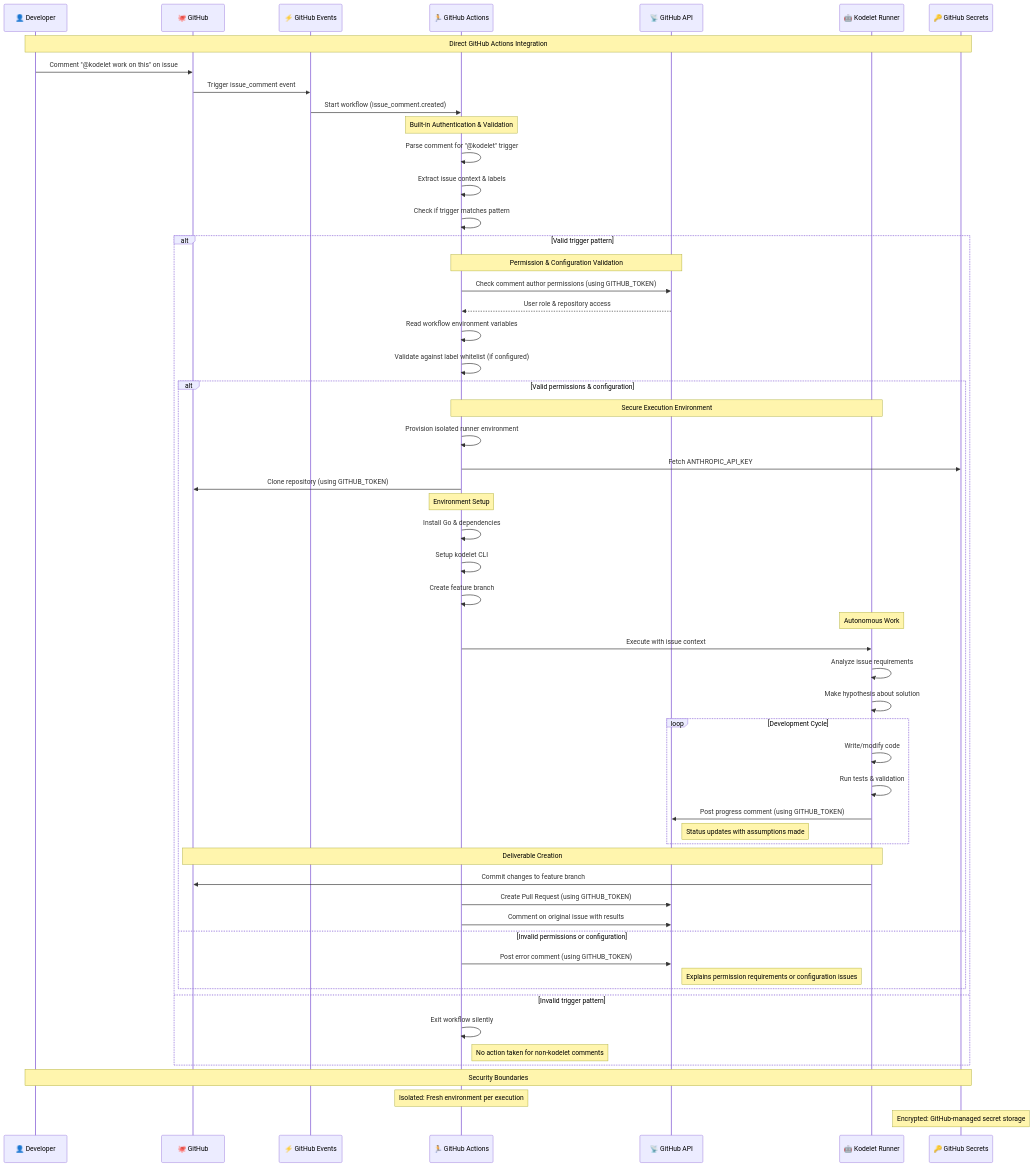
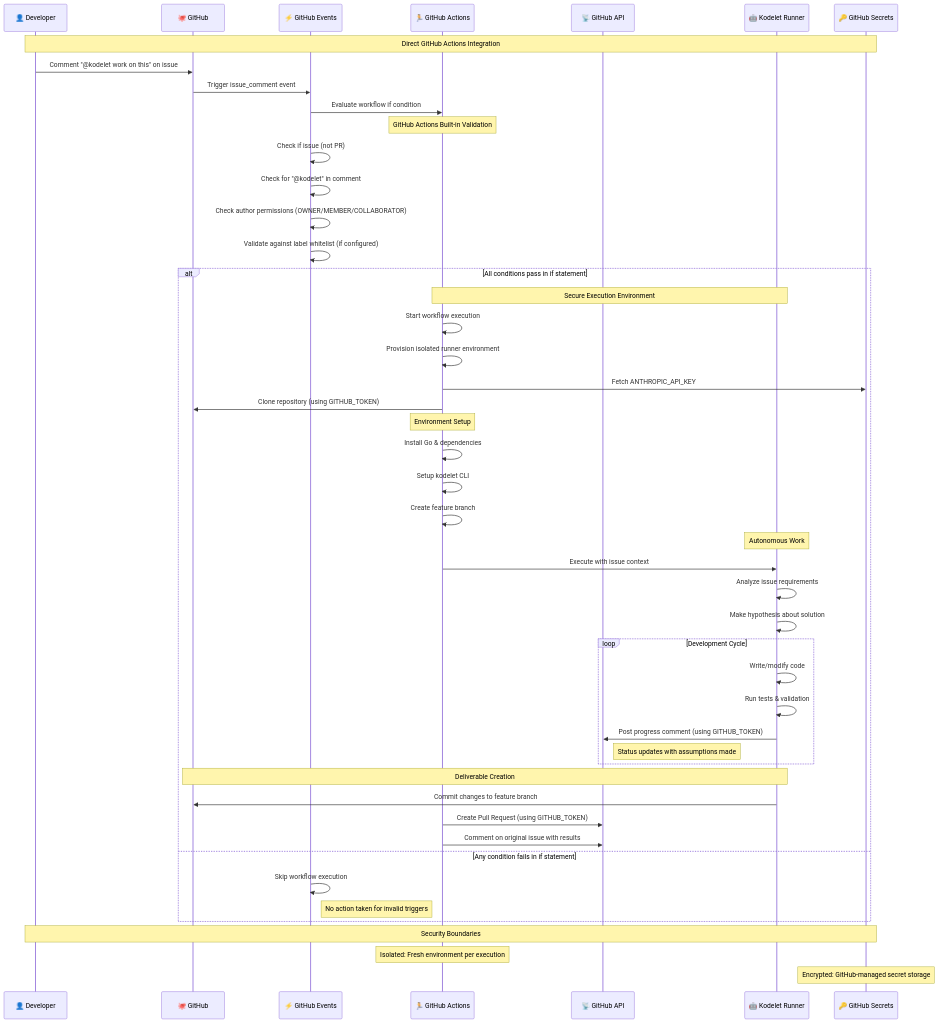
Before and after one commit to jingkaihe/kodelet: the second of 3 diagrams in adrs/012-background-kodelet.md, drawn with Mermaid. The commit also changed other lines of this file, not shown here.

Commit message:
docs(adr): update workflow architecture diagrams with simplified validation logic

````diff
--- a/adrs/012-background-kodelet.md
+++ b/adrs/012-background-kodelet.md
@@ -167,70 +159,60 @@
 ```mermaid
 sequenceDiagram
     participant Dev as 👤 Developer
     participant GH as 🐙 GitHub
     participant Events as ⚡ GitHub Events
     participant Actions as 🏃 GitHub Actions
     participant API as 📡 GitHub API
     participant Kodelet as 🤖 Kodelet Runner
     participant Secrets as 🔑 GitHub Secrets
 
     Note over Dev,Secrets: Direct GitHub Actions Integration
 
     Dev->>GH: Comment "@kodelet work on this" on issue
     GH->>Events: Trigger issue_comment event
-    Events->>Actions: Start workflow (issue_comment.created)
+    Events->>Actions: Evaluate workflow if condition
 
-    Note over Actions: Built-in Authentication & Validation
-    Actions->>Actions: Parse comment for "@kodelet" trigger
-    Actions->>Actions: Extract issue context & labels
-    Actions->>Actions: Check if trigger matches pattern
+    Note over Actions: GitHub Actions Built-in Validation
+    Events->>Events: Check if issue (not PR)
+    Events->>Events: Check for "@kodelet" in comment
+    Events->>Events: Check author permissions (OWNER/MEMBER/COLLABORATOR)
+    Events->>Events: Validate against label whitelist (if configured)
 
-    alt Valid trigger pattern
-        Note over Actions,API: Permission & Configuration Validation
-        Actions->>API: Check comment author permissions (using GITHUB_TOKEN)
-        API-->>Actions: User role & repository access
-        Actions->>Actions: Read workflow environment variables
-        Actions->>Actions: Validate against label whitelist (if configured)
+    alt All conditions pass in if statement
+        Note over Actions,Kodelet: Secure Execution Environment
+        Actions->>Actions: Start workflow execution
+        Actions->>Actions: Provision isolated runner environment
+        Actions->>Secrets: Fetch ANTHROPIC_API_KEY
+        Actions->>GH: Clone repository (using GITHUB_TOKEN)
 
-        alt Valid permissions & configuration
-            Note over Actions,Kodelet: Secure Execution Environment
-            Actions->>Actions: Provision isolated runner environment
-            Actions->>Secrets: Fetch ANTHROPIC_API_KEY
-            Actions->>GH: Clone repository (using GITHUB_TOKEN)
+        Note over Actions: Environment Setup
+        Actions->>Actions: Install Go & dependencies
+        Actions->>Actions: Setup kodelet CLI
+        Actions->>Actions: Create feature branch
 
-            Note over Actions: Environment Setup
-            Actions->>Actions: Install Go & dependencies
-            Actions->>Actions: Setup kodelet CLI
-            Actions->>Actions: Create feature branch
+        Note over Kodelet: Autonomous Work
+        Actions->>Kodelet: Execute with issue context
+        Kodelet->>Kodelet: Analyze issue requirements
+        Kodelet->>Kodelet: Make hypothesis about solution
 
-            Note over Kodelet: Autonomous Work
-            Actions->>Kodelet: Execute with issue context
-            Kodelet->>Kodelet: Analyze issue requirements
-            Kodelet->>Kodelet: Make hypothesis about solution
-
-            loop Development Cycle
-                Kodelet->>Kodelet: Write/modify code
-                Kodelet->>Kodelet: Run tests & validation
-                Kodelet->>API: Post progress comment (using GITHUB_TOKEN)
-                Note right of API: Status updates with assumptions made
-            end
-
-            Note over Kodelet,GH: Deliverable Creation
-            Kodelet->>GH: Commit changes to feature branch
-            Actions->>API: Create Pull Request (using GITHUB_TOKEN)
-            Actions->>API: Comment on original issue with results
-
-        else Invalid permissions or configuration
-            Actions->>API: Post error comment (using GITHUB_TOKEN)
-            Note right of API: Explains permission requirements or configuration issues
+        loop Development Cycle
+            Kodelet->>Kodelet: Write/modify code
+            Kodelet->>Kodelet: Run tests & validation
+            Kodelet->>API: Post progress comment (using GITHUB_TOKEN)
+            Note right of API: Status updates with assumptions made
         end
 
-    else Invalid trigger pattern
-        Actions->>Actions: Exit workflow silently
-        Note right of Actions: No action taken for non-kodelet comments
+        Note over Kodelet,GH: Deliverable Creation
+        Kodelet->>GH: Commit changes to feature branch
+        Actions->>API: Create Pull Request (using GITHUB_TOKEN)
+        Actions->>API: Comment on original issue with results
+
+    else Any condition fails in if statement
+        Events->>Events: Skip workflow execution
+        Note right of Events: No action taken for invalid triggers
     end
 
     Note over Dev,Secrets: Security Boundaries
     Note over Actions: Isolated: Fresh environment per execution
     Note over Secrets: Encrypted: GitHub-managed secret storage
 ```
````
